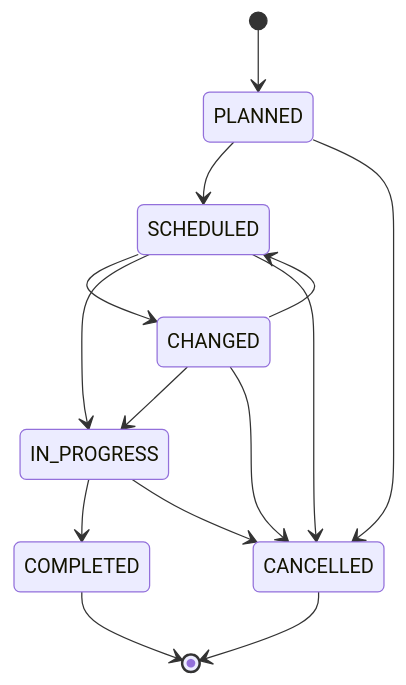
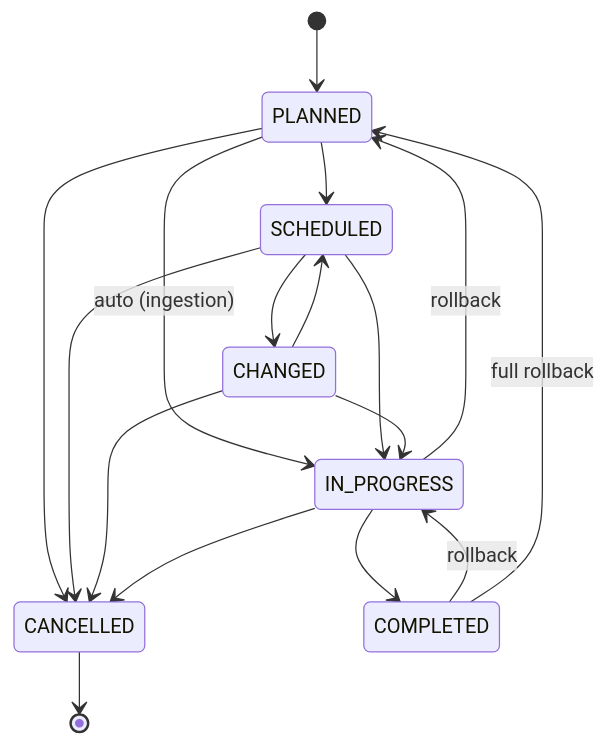
The fifth of 6 diagrams in doc/Project Specification. SPWS Automated Ranklist System.md (Fencer4Life/spws-automated-ranklist), drawn with Mermaid before and after one commit. The commit also changed other lines of this file and 3 other files, not shown here.

````diff
--- a/doc/Project Specification. SPWS Automated Ranklist System.md
+++ b/doc/Project Specification. SPWS Automated Ranklist System.md
@@ -1340,16 +1340,19 @@
 ```mermaid
 stateDiagram-v2
     [*] --> PLANNED
     PLANNED --> SCHEDULED
+    PLANNED --> IN_PROGRESS : auto (ingestion)
     PLANNED --> CANCELLED
     SCHEDULED --> CHANGED
     SCHEDULED --> IN_PROGRESS
     SCHEDULED --> CANCELLED
     CHANGED --> SCHEDULED
     CHANGED --> IN_PROGRESS
     CHANGED --> CANCELLED
     IN_PROGRESS --> COMPLETED
+    IN_PROGRESS --> PLANNED : rollback
     IN_PROGRESS --> CANCELLED
-    COMPLETED --> [*]
+    COMPLETED --> IN_PROGRESS : rollback
+    COMPLETED --> PLANNED : full rollback
     CANCELLED --> [*]
 ```
````
